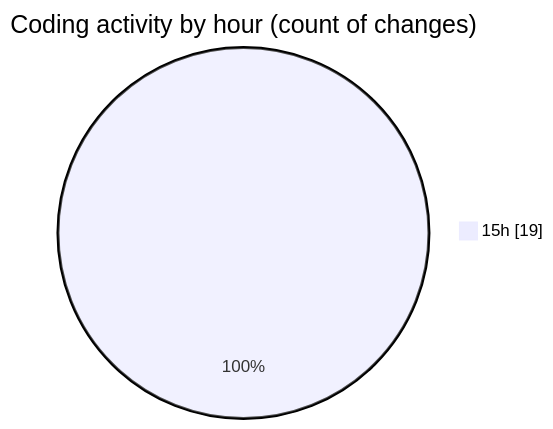
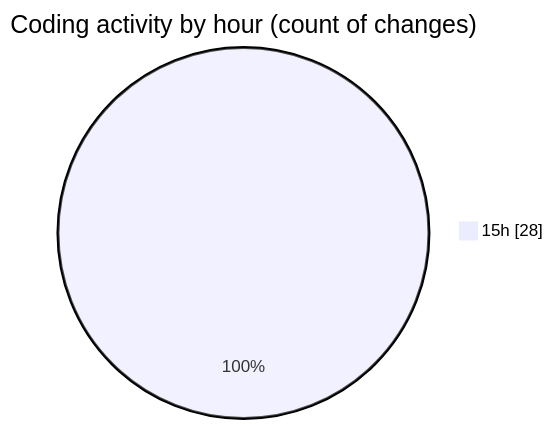
Before and after one commit to momahboobian/code-tracking: the second of 2 diagrams in 2026-01-22/cda-web-components/README.md, drawn with Mermaid. The commit also changed other lines of this file and 1 other file, not shown here.

````diff
--- a/2026-01-22/cda-web-components/README.md
+++ b/2026-01-22/cda-web-components/README.md
@@ -33,5 +36,5 @@
 ```mermaid
 pie showData
 title Coding activity by hour (count of changes)
-"15h" : 19
+"15h" : 28
 ```
````
